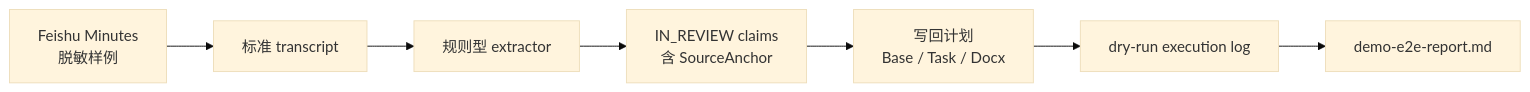
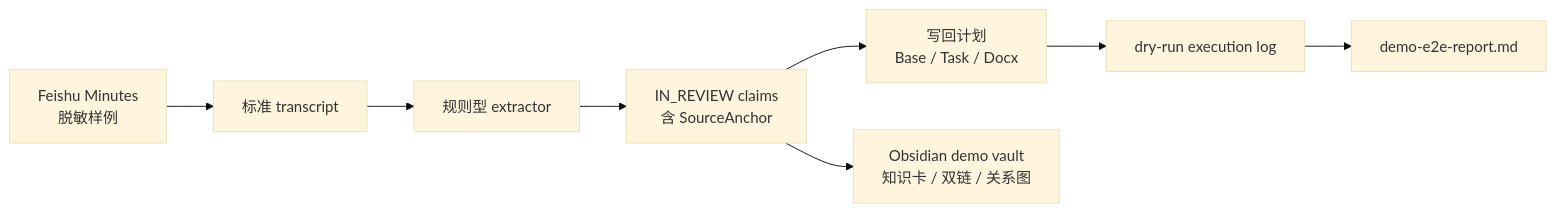
One commit to Hyjkblj/JTAI4S changed the first of 2 diagrams in README.md. Above: the diagram before and after it, drawn with Mermaid (base theme). The commit also changed other lines of this file and 29 other files, not shown here.

Commit message:
feat: add Obsidian vault exporter and plugin MVP

````diff
--- a/README.md
+++ b/README.md
@@ -20,9 +20,10 @@
 ```mermaid
 flowchart LR
   A["Feishu Minutes<br/>脱敏样例"] --> B["标准 transcript"]
   B --> C["规则型 extractor"]
   C --> D["IN_REVIEW claims<br/>含 SourceAnchor"]
   D --> E["写回计划<br/>Base / Task / Docx"]
   E --> F["dry-run execution log"]
   F --> G["demo-e2e-report.md"]
+  D --> H["Obsidian demo vault<br/>知识卡 / 双链 / 关系图"]
 ```
````
